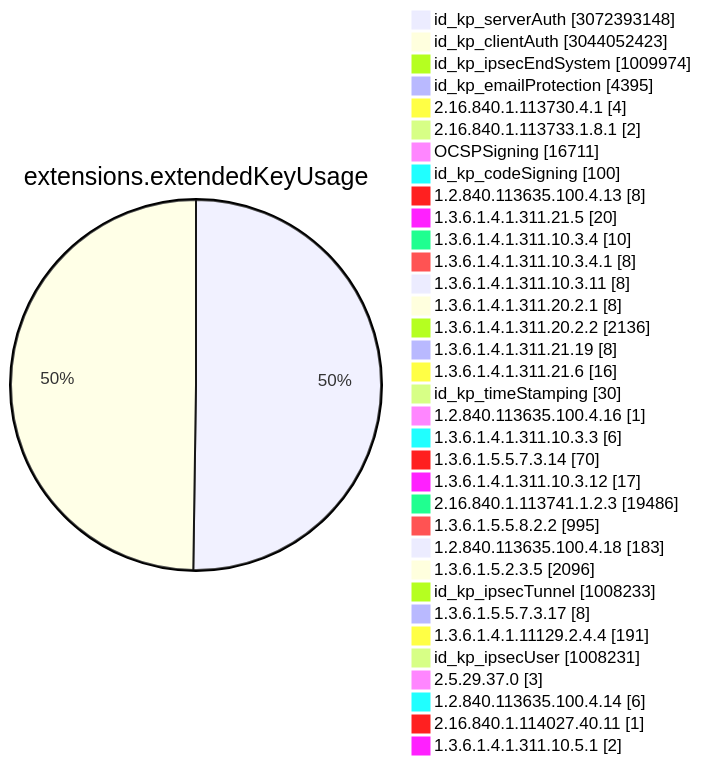
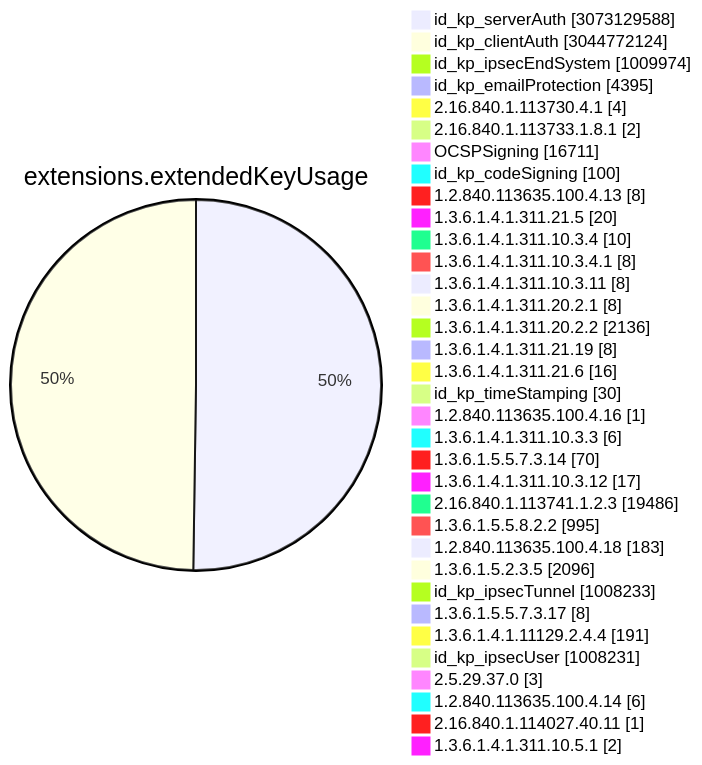
Diagram 11 of 15 in TOTAL/README.md (christiankrug/ctmonitor_visualization), drawn with Mermaid before and after one commit. The commit also changed other lines of this file, not shown here.

````diff
--- a/TOTAL/README.md
+++ b/TOTAL/README.md
@@ -4119,38 +4119,38 @@
 ```mermaid
 pie showData
 title extensions.extendedKeyUsage
-"id_kp_serverAuth" :3072393148
-"id_kp_clientAuth" :3044052423
+"id_kp_serverAuth" :3073129588
+"id_kp_clientAuth" :3044772124
 "id_kp_ipsecEndSystem" :1009974
 "id_kp_emailProtection" :4395
 "2.16.840.1.113730.4.1" :4
 "2.16.840.1.113733.1.8.1" :2
 "OCSPSigning" :16711
 "id_kp_codeSigning" :100
 "1.2.840.113635.100.4.13" :8
 "1.3.6.1.4.1.311.21.5" :20
 "1.3.6.1.4.1.311.10.3.4" :10
 "1.3.6.1.4.1.311.10.3.4.1" :8
 "1.3.6.1.4.1.311.10.3.11" :8
 "1.3.6.1.4.1.311.20.2.1" :8
 "1.3.6.1.4.1.311.20.2.2" :2136
 "1.3.6.1.4.1.311.21.19" :8
 "1.3.6.1.4.1.311.21.6" :16
 "id_kp_timeStamping" :30
 "1.2.840.113635.100.4.16" :1
 "1.3.6.1.4.1.311.10.3.3" :6
 "1.3.6.1.5.5.7.3.14" :70
 "1.3.6.1.4.1.311.10.3.12" :17
 "2.16.840.1.113741.1.2.3" :19486
 "1.3.6.1.5.5.8.2.2" :995
 "1.2.840.113635.100.4.18" :183
 "1.3.6.1.5.2.3.5" :2096
 "id_kp_ipsecTunnel" :1008233
 "1.3.6.1.5.5.7.3.17" :8
 "1.3.6.1.4.1.11129.2.4.4" :191
 "id_kp_ipsecUser" :1008231
 "2.5.29.37.0" :3
 "1.2.840.113635.100.4.14" :6
 "2.16.840.1.114027.40.11" :1
 "1.3.6.1.4.1.311.10.5.1" :2
 ```
````
